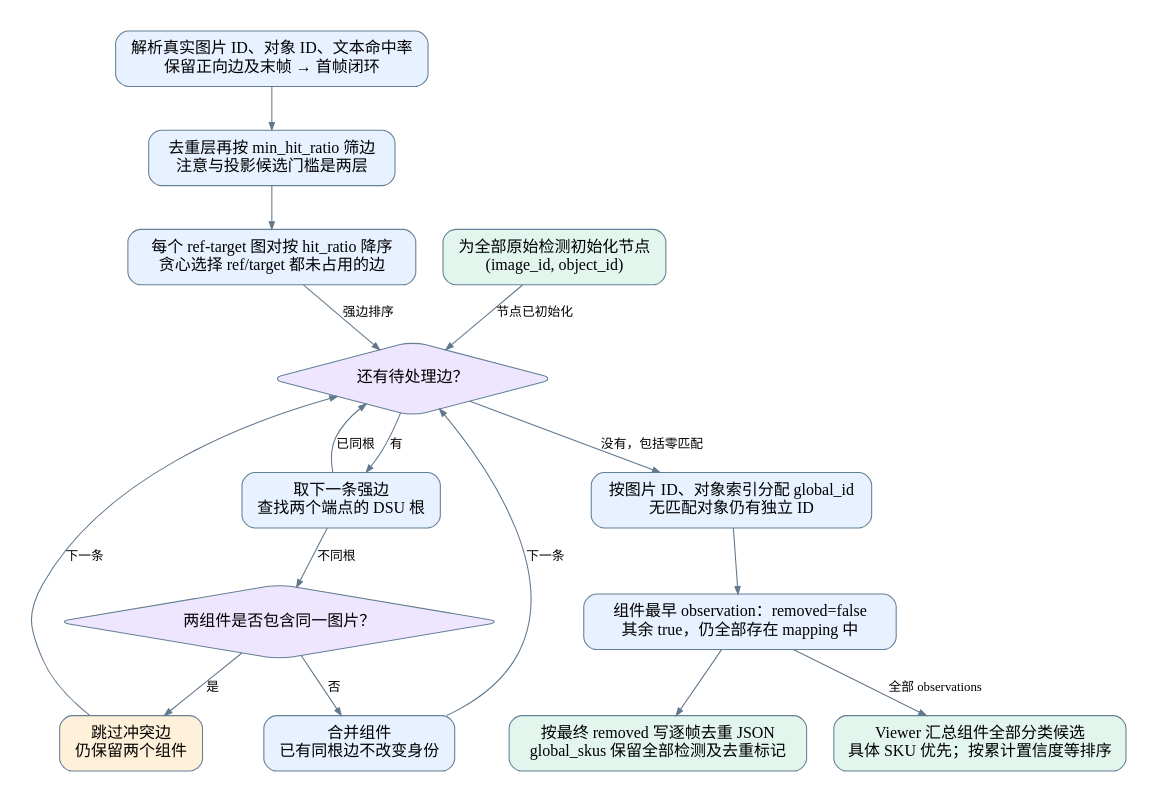
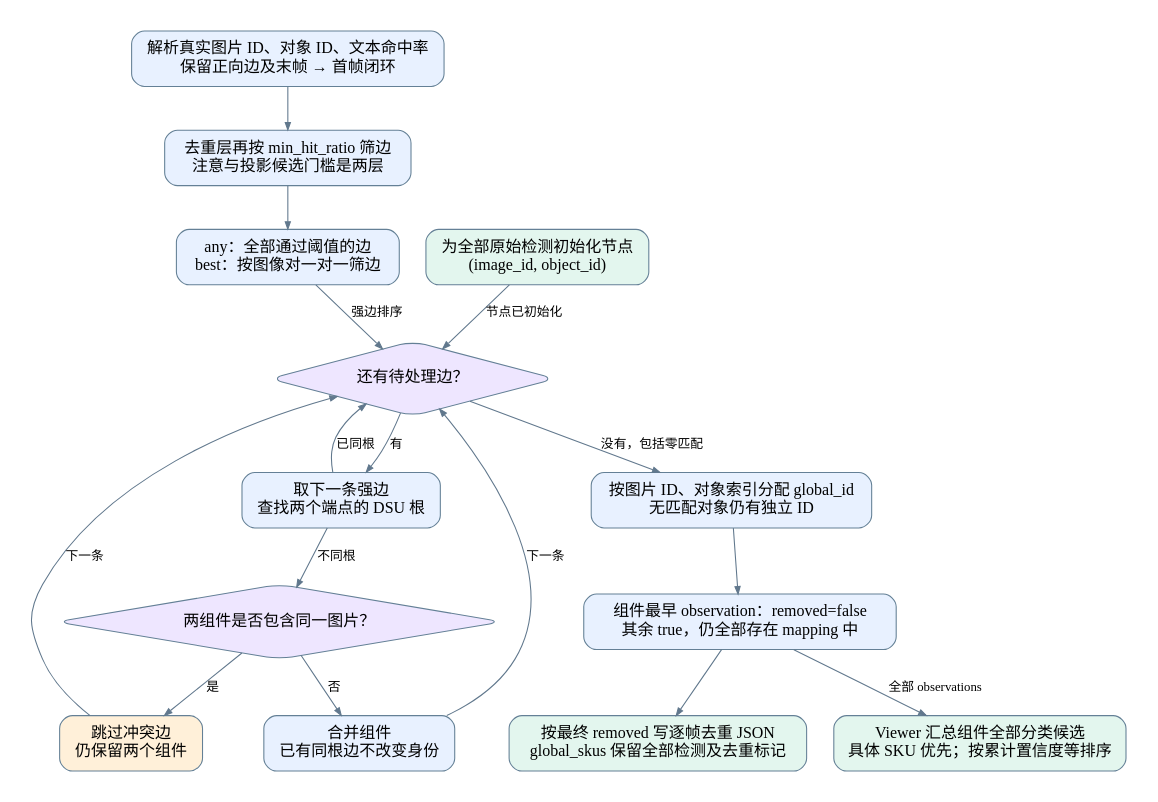
Before and after one commit to EinheitCxy/3D-SKU-detection: the diagram in docs/figures/dedup-flowcharts/identity.dot, drawn with Graphviz. The commit also changed 8 other files, not shown here.

```diff
--- a/docs/figures/dedup-flowcharts/identity.dot
+++ b/docs/figures/dedup-flowcharts/identity.dot
@@ -1,33 +1,33 @@
 digraph G {
 graph [rankdir=TB, bgcolor="white", pad=0.3, nodesep=0.35, ranksep=0.55];
 node [shape=box, style="rounded,filled", fontname="SimHei", fontsize=15, color="#648096", margin="0.2,0.13"];
 edge [fontname="SimHei", fontsize=12, color="#61788d", arrowsize=0.7];
 parse [label="解析真实图片 ID、对象 ID、文本命中率\n保留正向边及末帧 → 首帧闭环", fillcolor="#e8f1ff"];
 threshold [label="去重层再按 min_hit_ratio 筛边\n注意与投影候选门槛是两层", fillcolor="#e8f1ff"];
-best [label="每个 ref-target 图对按 hit_ratio 降序\n贪心选择 ref/target 都未占用的边", fillcolor="#e8f1ff"];
+best [label="any：全部通过阈值的边\nbest：按图像对一对一筛边", fillcolor="#e8f1ff"];
 nodes [label="为全部原始检测初始化节点\n(image_id, object_id)", fillcolor="#e3f6ee"];
 edges_left [label="还有待处理边？", fillcolor="#eee6ff", shape=diamond];
 union [label="取下一条强边\n查找两个端点的 DSU 根", fillcolor="#e8f1ff"];
 conflict [label="两组件是否包含同一图片？", fillcolor="#eee6ff", shape=diamond];
 skip [label="跳过冲突边\n仍保留两个组件", fillcolor="#fff0d9"];
 merge [label="合并组件\n已有同根边不改变身份", fillcolor="#e8f1ff"];
 gid [label="按图片 ID、对象索引分配 global_id\n无匹配对象仍有独立 ID", fillcolor="#e8f1ff"];
 represent [label="组件最早 observation：removed=false\n其余 true，仍全部存在 mapping 中", fillcolor="#e8f1ff"];
 outputs [label="按最终 removed 写逐帧去重 JSON\nglobal_skus 保留全部检测及去重标记", fillcolor="#e3f6ee"];
 classify [label="Viewer 汇总组件全部分类候选\n具体 SKU 优先；按累计置信度等排序", fillcolor="#e3f6ee"];
 parse -> threshold [label=""];
 threshold -> best [label=""];
 best -> edges_left [label="强边排序"];
 nodes -> edges_left [label="节点已初始化"];
 edges_left -> union [label="有"];
 edges_left -> gid [label="没有，包括零匹配"];
 union -> edges_left [label="已同根"];
 union -> conflict [label="不同根"];
 conflict -> skip [label="是"];
 conflict -> merge [label="否"];
 skip -> edges_left [label="下一条"];
 merge -> edges_left [label="下一条"];
 gid -> represent [label=""];
 represent -> outputs [label=""];
 represent -> classify [label="全部 observations"];
 }
```
